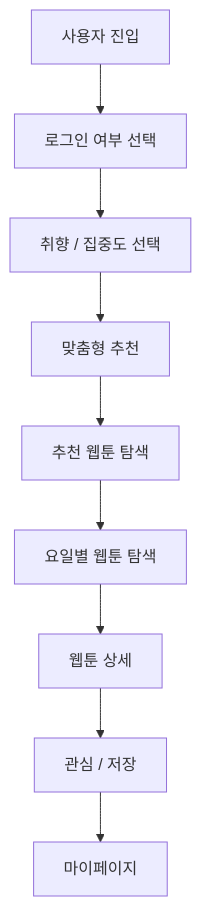
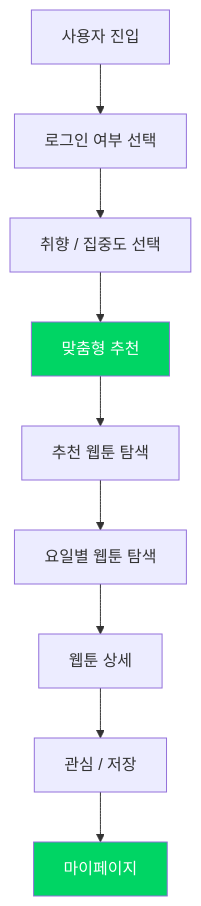
The fifth of 7 diagrams in README.md (yujj9705/naver-webtoon), drawn with Mermaid before and after one commit. The commit also changed other lines of this file, not shown here.

````diff
--- a/README.md
+++ b/README.md
@@ -192,20 +230,23 @@
 ```mermaid
 flowchart TD
 
     A[사용자 진입]
     --> B[로그인 여부 선택]
 
     B --> C[취향 / 집중도 선택]
 
     C --> D[맞춤형 추천]
 
     D --> E[추천 웹툰 탐색]
 
     E --> F[요일별 웹툰 탐색]
 
     F --> G[웹툰 상세]
 
     G --> H[관심 / 저장]
 
     H --> I[마이페이지]
+
+style D fill:#00D564,color:#fff
+style I fill:#00D564,color:#fff
 ```
````
